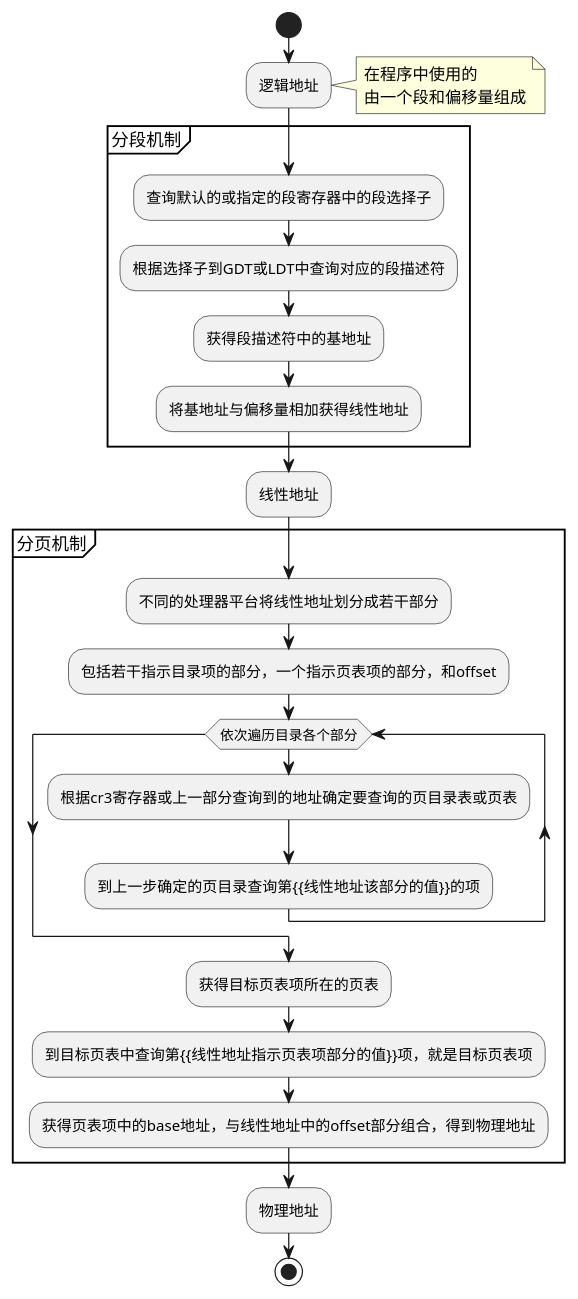
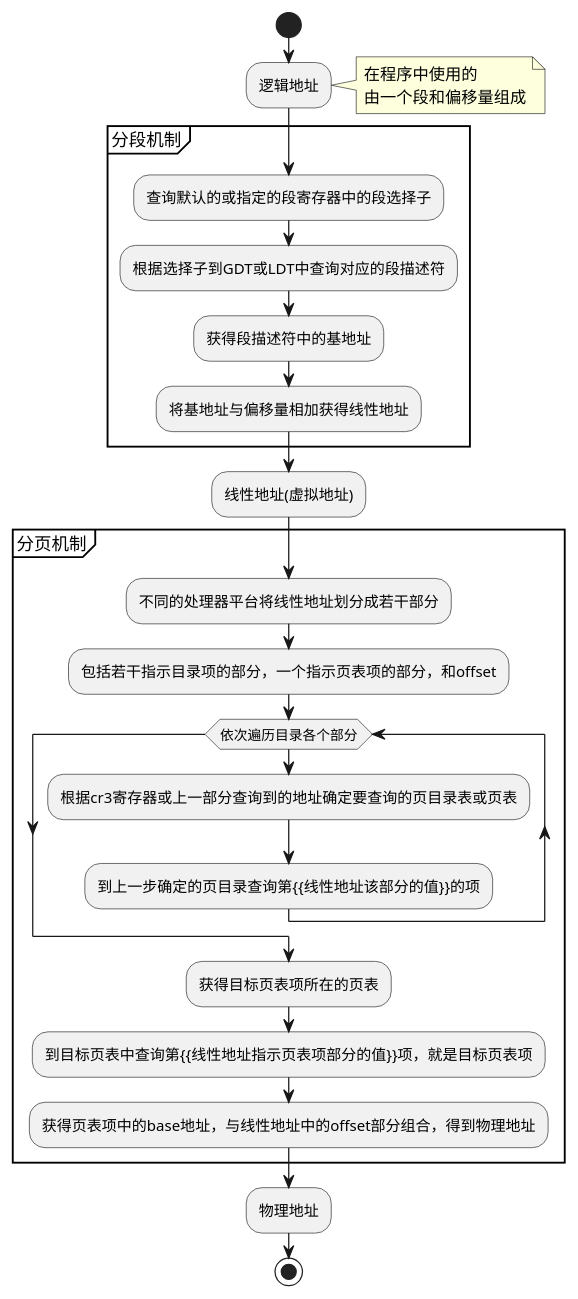
Before and after one commit to er1c-zh/blog: the first of 6 diagrams in site/content/post/linux/memory.md, drawn with PlantUML. The commit also changed other lines of this file and 2 other files, not shown here.

````diff
--- a/site/content/post/linux/memory.md
+++ b/site/content/post/linux/memory.md
@@ -14,30 +14,30 @@
 ```plantuml
 @startuml
 start
 :逻辑地址;
 note right
 在程序中使用的
 由一个段和偏移量组成
 end note
 partition 分段机制 {
     :查询默认的或指定的段寄存器中的段选择子;
     :根据选择子到GDT或LDT中查询对应的段描述符;
     :获得段描述符中的基地址;
     :将基地址与偏移量相加获得线性地址;
 }
-:线性地址;
+:线性地址(虚拟地址);
 partition 分页机制 {
     :不同的处理器平台将线性地址划分成若干部分;
     :包括若干指示目录项的部分，一个指示页表项的部分，和offset;
     while (依次遍历目录各个部分)
         :根据cr3寄存器或上一部分查询到的地址确定要查询的页目录表或页表;
         :到上一步确定的页目录查询第{{线性地址该部分的值}}的项;
     endwhile
     :获得目标页表项所在的页表;
     :到目标页表中查询第{{线性地址指示页表项部分的值}}项，就是目标页表项;
     :获得页表项中的base地址，与线性地址中的offset部分组合，得到物理地址;
 }
 :物理地址;
 stop
 @enduml
 ```
````
